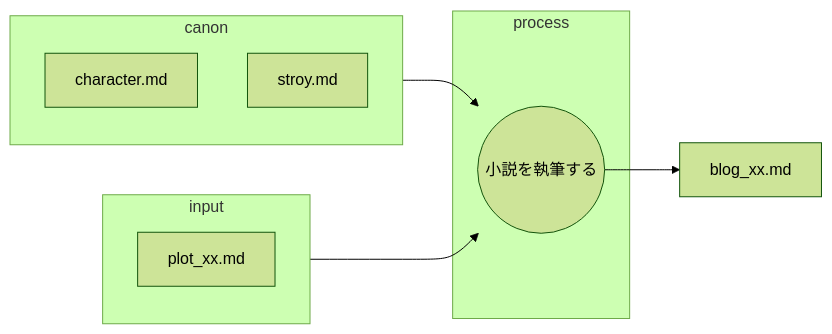
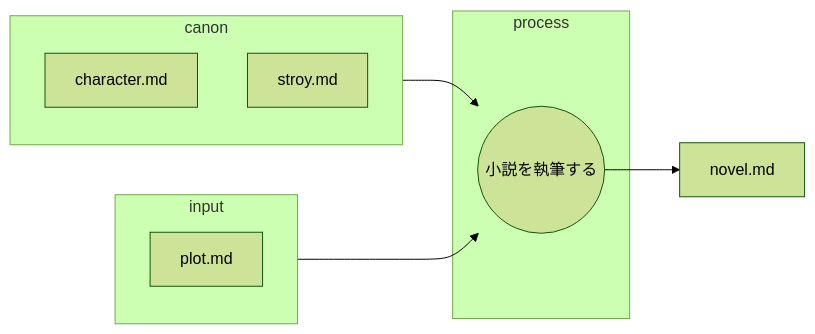
One commit to yomai-hiyashidewa/novel_workflow changed the diagram in prompts/writer.md. Above: the diagram before and after it, drawn with Mermaid (forest theme). The commit also changed other lines of this file and 8 other files, not shown here.

````diff
--- a/prompts/writer.md
+++ b/prompts/writer.md
@@ -5,26 +6,26 @@
 ```mermaid
 graph LR
 
     subgraph input
-        md1[plot_xx.md]
+        md1[plot.md]
     end
 
     subgraph canon
         c_character[character.md]
         c_story[stroy.md]
         
     end
 
-    product[blog_xx.md]
+    product[novel.md]
 
 
     subgraph process
         process_write((小説を執筆する))
     end
 
     canon --> process_write
     input --> process_write
     process_write --> product
 
 
 ```
````
